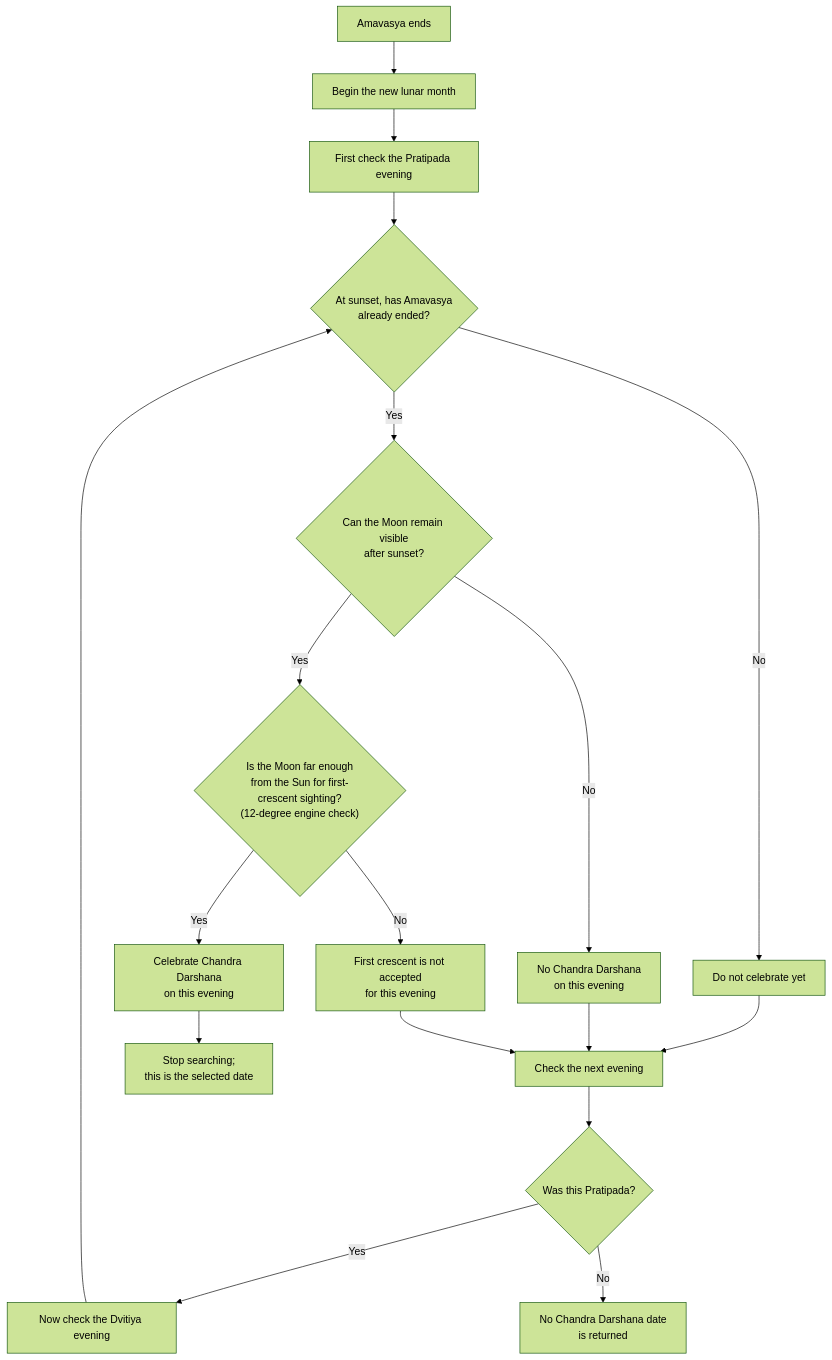
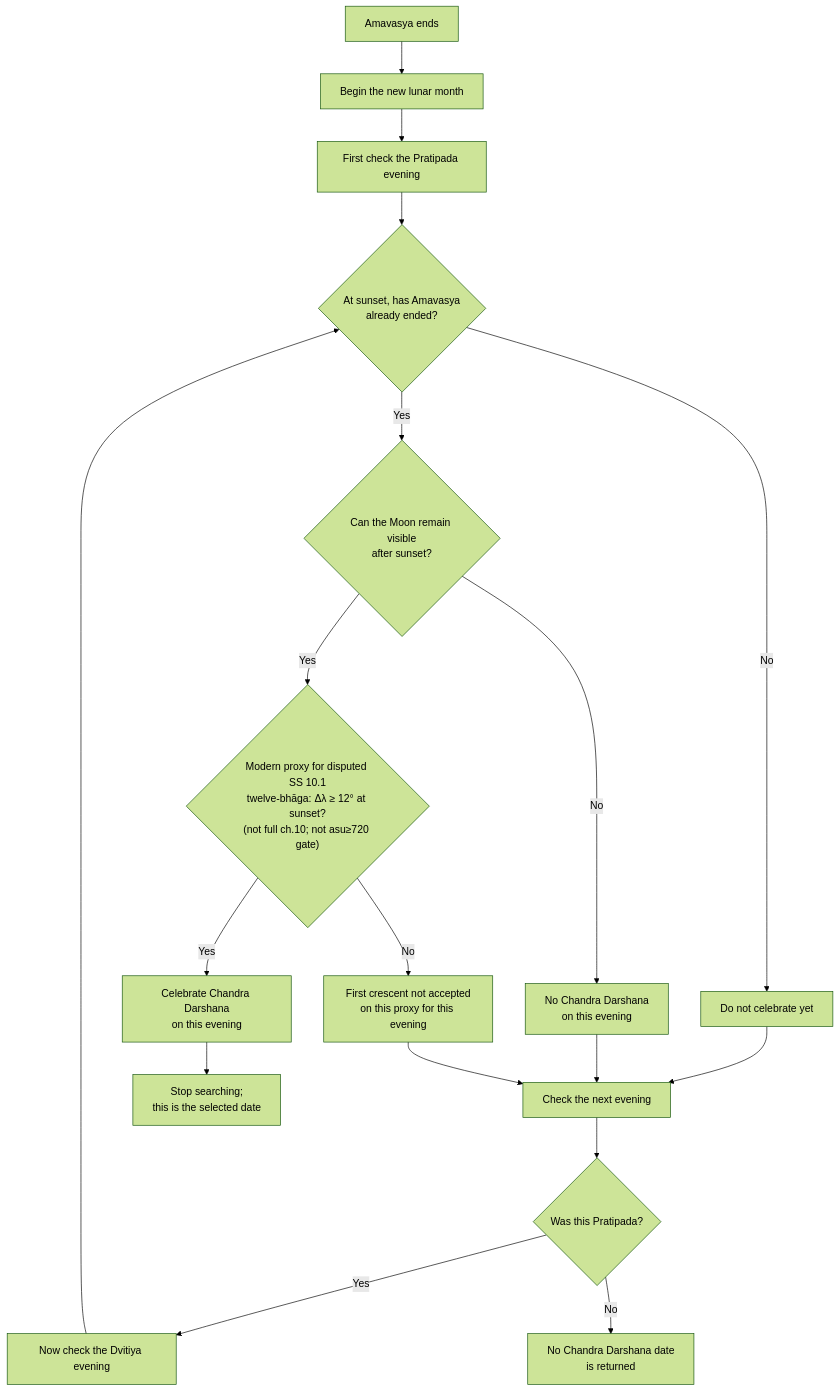
Before and after one commit to jayeshmepani/panchang-core: the diagram in docs/Chandra_Darshana.md, drawn with Mermaid (forest theme). The commit also changed other lines of this file and 141 other files, not shown here.

````diff
--- a/docs/Chandra_Darshana.md
+++ b/docs/Chandra_Darshana.md
@@ -292,25 +364,25 @@
 ```mermaid
 flowchart TD
     A["Amavasya ends"] --> B["Begin the new lunar month"]
     B --> C["First check the Pratipada evening"]
 
     C --> D{"At sunset, has Amavasya<br/>already ended?"}
     D -- "No" --> E["Do not celebrate yet"]
     E --> F["Check the next evening"]
 
     D -- "Yes" --> G{"Can the Moon remain visible<br/>after sunset?"}
     G -- "No" --> H["No Chandra Darshana<br/>on this evening"]
     H --> F
 
-    G -- "Yes" --> I{"Is the Moon far enough<br/>from the Sun for first-crescent sighting?<br/>(12-degree engine check)"}
-    I -- "No" --> J["First crescent is not accepted<br/>for this evening"]
+    G -- "Yes" --> I{"Modern proxy for disputed SS 10.1<br/>twelve-bhāga: Δλ ≥ 12° at sunset?<br/>(not full ch.10; not asu≥720 gate)"}
+    I -- "No" --> J["First crescent not accepted<br/>on this proxy for this evening"]
     J --> F
 
     I -- "Yes" --> K["Celebrate Chandra Darshana<br/>on this evening"]
     K --> L["Stop searching;<br/>this is the selected date"]
 
     F --> M{"Was this Pratipada?"}
     M -- "Yes" --> N["Now check the Dvitiya evening"]
     M -- "No" --> Q["No Chandra Darshana date<br/>is returned"]
     N --> D
 ```
````
